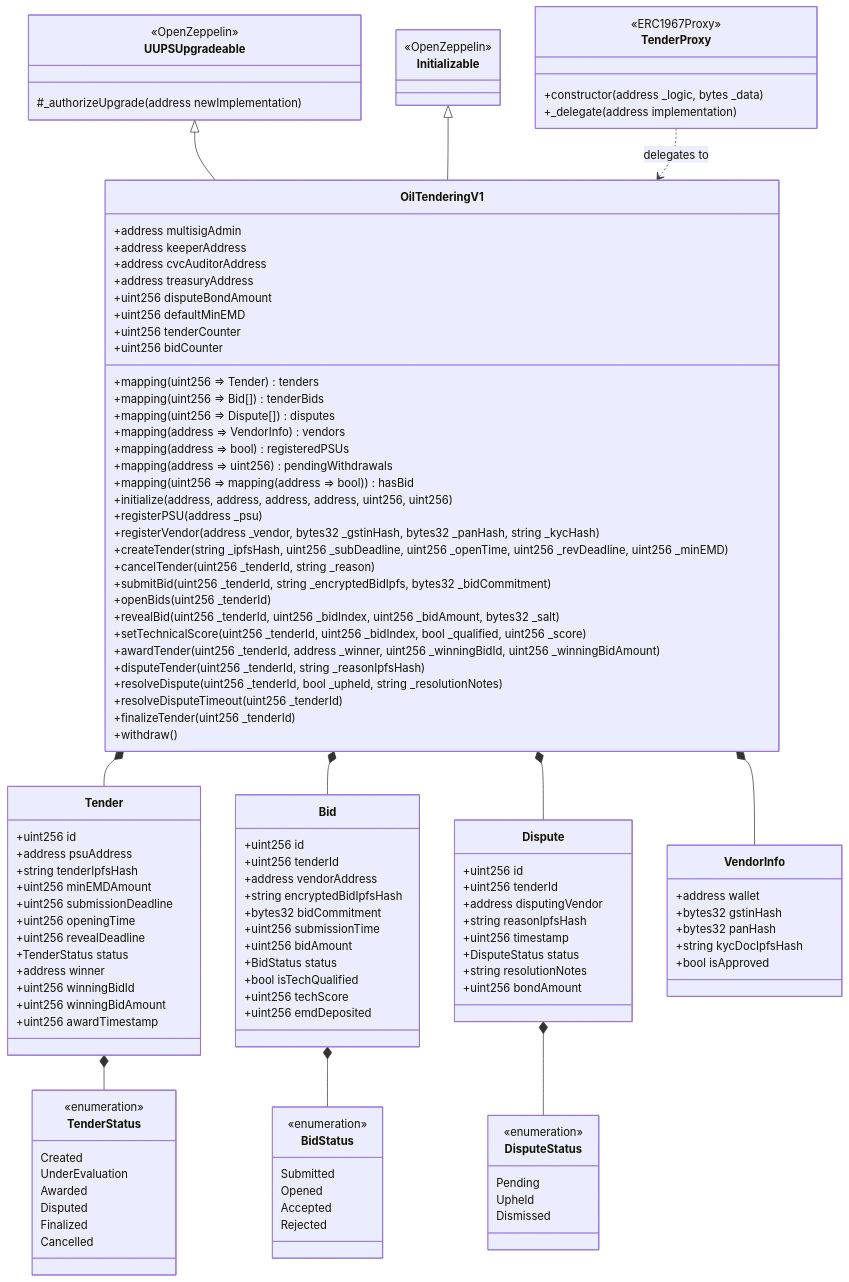
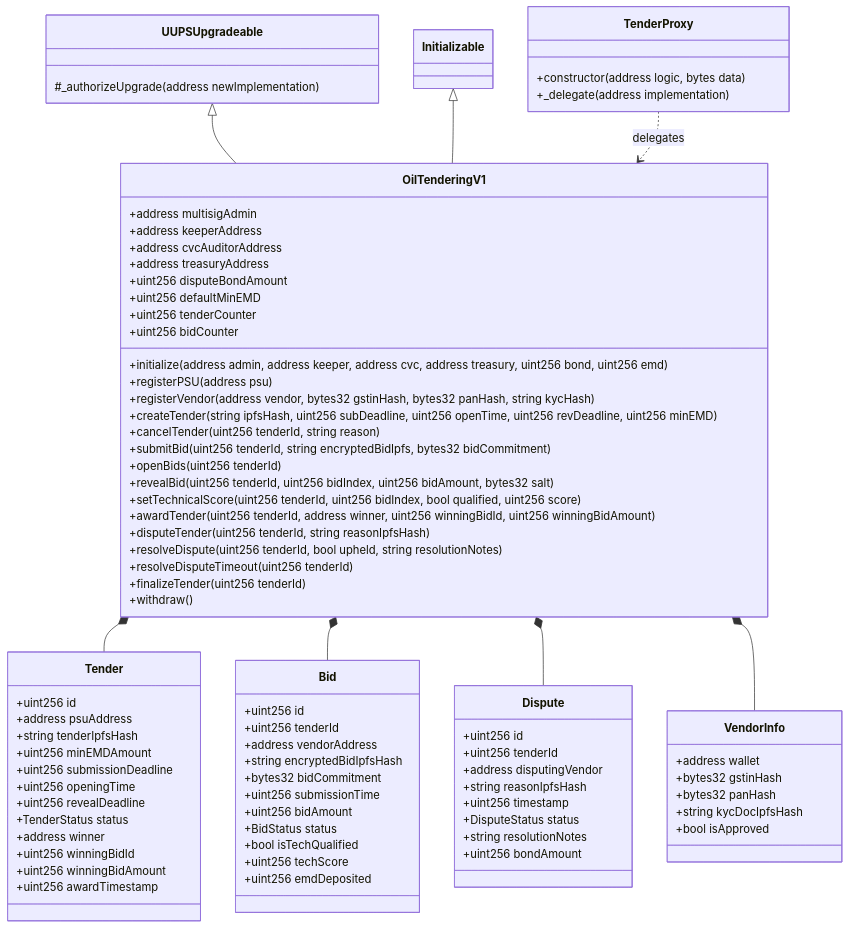
One commit to TharunRevinth/nirvaan changed the diagram in docs/diagrams/contract_class_diagram.mmd. Above: the diagram before and after it, drawn with Mermaid. The commit also changed 19 other files, not shown here.

Commit message:
docs: replace ASCII diagrams with high-resolution vector and rendered diagram graphics

```diff
--- a/docs/diagrams/contract_class_diagram.mmd
+++ b/docs/diagrams/contract_class_diagram.mmd
@@ -1,132 +1,92 @@
 classDiagram
-    class Initializable {
-        <<OpenZeppelin>>
-    }
+    class Initializable
     class UUPSUpgradeable {
-        <<OpenZeppelin>>
         #_authorizeUpgrade(address newImplementation)
     }
 
     class TenderProxy {
-        <<ERC1967Proxy>>
-        +constructor(address _logic, bytes _data)
+        +constructor(address logic, bytes data)
         +_delegate(address implementation)
     }
 
     class OilTenderingV1 {
         +address multisigAdmin
         +address keeperAddress
         +address cvcAuditorAddress
         +address treasuryAddress
         +uint256 disputeBondAmount
         +uint256 defaultMinEMD
         +uint256 tenderCounter
         +uint256 bidCounter
-        +mapping(uint256 => Tender) tenders
-        +mapping(uint256 => Bid[]) tenderBids
-        +mapping(uint256 => Dispute[]) disputes
-        +mapping(address => VendorInfo) vendors
-        +mapping(address => bool) registeredPSUs
-        +mapping(address => uint256) pendingWithdrawals
-        +mapping(uint256 => mapping(address => bool)) hasBid
-
-        +initialize(address, address, address, address, uint256, uint256)
-        +registerPSU(address _psu)
-        +registerVendor(address _vendor, bytes32 _gstinHash, bytes32 _panHash, string _kycHash)
-        +createTender(string _ipfsHash, uint256 _subDeadline, uint256 _openTime, uint256 _revDeadline, uint256 _minEMD)
-        +cancelTender(uint256 _tenderId, string _reason)
-        +submitBid(uint256 _tenderId, string _encryptedBidIpfs, bytes32 _bidCommitment)
-        +openBids(uint256 _tenderId)
-        +revealBid(uint256 _tenderId, uint256 _bidIndex, uint256 _bidAmount, bytes32 _salt)
-        +setTechnicalScore(uint256 _tenderId, uint256 _bidIndex, bool _qualified, uint256 _score)
-        +awardTender(uint256 _tenderId, address _winner, uint256 _winningBidId, uint256 _winningBidAmount)
-        +disputeTender(uint256 _tenderId, string _reasonIpfsHash)
-        +resolveDispute(uint256 _tenderId, bool _upheld, string _resolutionNotes)
-        +resolveDisputeTimeout(uint256 _tenderId)
-        +finalizeTender(uint256 _tenderId)
+        +initialize(address admin, address keeper, address cvc, address treasury, uint256 bond, uint256 emd)
+        +registerPSU(address psu)
+        +registerVendor(address vendor, bytes32 gstinHash, bytes32 panHash, string kycHash)
+        +createTender(string ipfsHash, uint256 subDeadline, uint256 openTime, uint256 revDeadline, uint256 minEMD)
+        +cancelTender(uint256 tenderId, string reason)
+        +submitBid(uint256 tenderId, string encryptedBidIpfs, bytes32 bidCommitment)
+        +openBids(uint256 tenderId)
+        +revealBid(uint256 tenderId, uint256 bidIndex, uint256 bidAmount, bytes32 salt)
+        +setTechnicalScore(uint256 tenderId, uint256 bidIndex, bool qualified, uint256 score)
+        +awardTender(uint256 tenderId, address winner, uint256 winningBidId, uint256 winningBidAmount)
+        +disputeTender(uint256 tenderId, string reasonIpfsHash)
+        +resolveDispute(uint256 tenderId, bool upheld, string resolutionNotes)
+        +resolveDisputeTimeout(uint256 tenderId)
+        +finalizeTender(uint256 tenderId)
         +withdraw()
     }
 
     class Tender {
         +uint256 id
         +address psuAddress
         +string tenderIpfsHash
         +uint256 minEMDAmount
         +uint256 submissionDeadline
         +uint256 openingTime
         +uint256 revealDeadline
         +TenderStatus status
         +address winner
         +uint256 winningBidId
         +uint256 winningBidAmount
         +uint256 awardTimestamp
     }
 
     class Bid {
         +uint256 id
         +uint256 tenderId
         +address vendorAddress
         +string encryptedBidIpfsHash
         +bytes32 bidCommitment
         +uint256 submissionTime
         +uint256 bidAmount
         +BidStatus status
         +bool isTechQualified
         +uint256 techScore
         +uint256 emdDeposited
     }
 
     class Dispute {
         +uint256 id
         +uint256 tenderId
         +address disputingVendor
         +string reasonIpfsHash
         +uint256 timestamp
         +DisputeStatus status
         +string resolutionNotes
         +uint256 bondAmount
     }
 
     class VendorInfo {
         +address wallet
         +bytes32 gstinHash
         +bytes32 panHash
         +string kycDocIpfsHash
         +bool isApproved
     }
 
-    class TenderStatus {
-        <<enumeration>>
-        Created
-        UnderEvaluation
-        Awarded
-        Disputed
-        Finalized
-        Cancelled
-    }
-
-    class BidStatus {
-        <<enumeration>>
-        Submitted
-        Opened
-        Accepted
-        Rejected
-    }
-
-    class DisputeStatus {
-        <<enumeration>>
-        Pending
-        Upheld
-        Dismissed
-    }
-
     UUPSUpgradeable <|-- OilTenderingV1
     Initializable <|-- OilTenderingV1
-    TenderProxy ..> OilTenderingV1 : delegates to
+    TenderProxy ..> OilTenderingV1 : delegates
     OilTenderingV1 *-- Tender
     OilTenderingV1 *-- Bid
     OilTenderingV1 *-- Dispute
     OilTenderingV1 *-- VendorInfo
-    Tender *-- TenderStatus
-    Bid *-- BidStatus
-    Dispute *-- DisputeStatus
```
